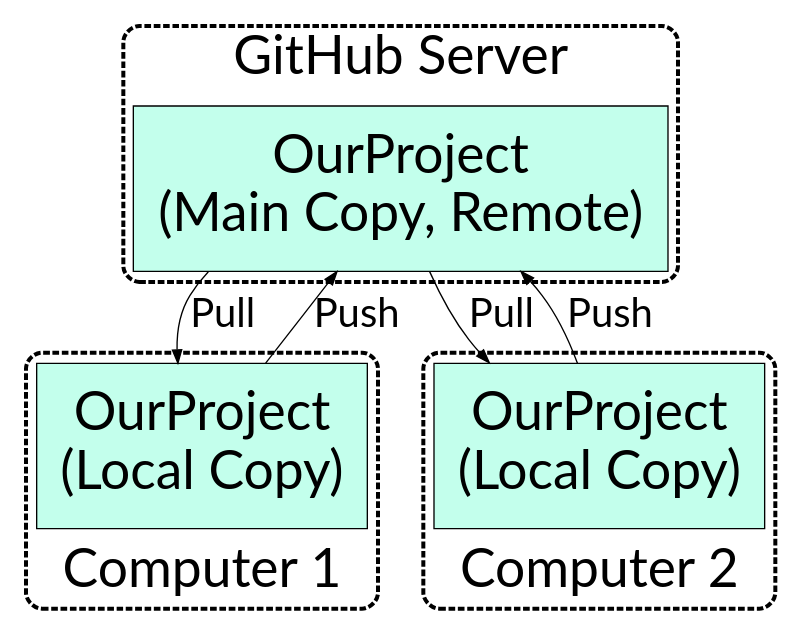
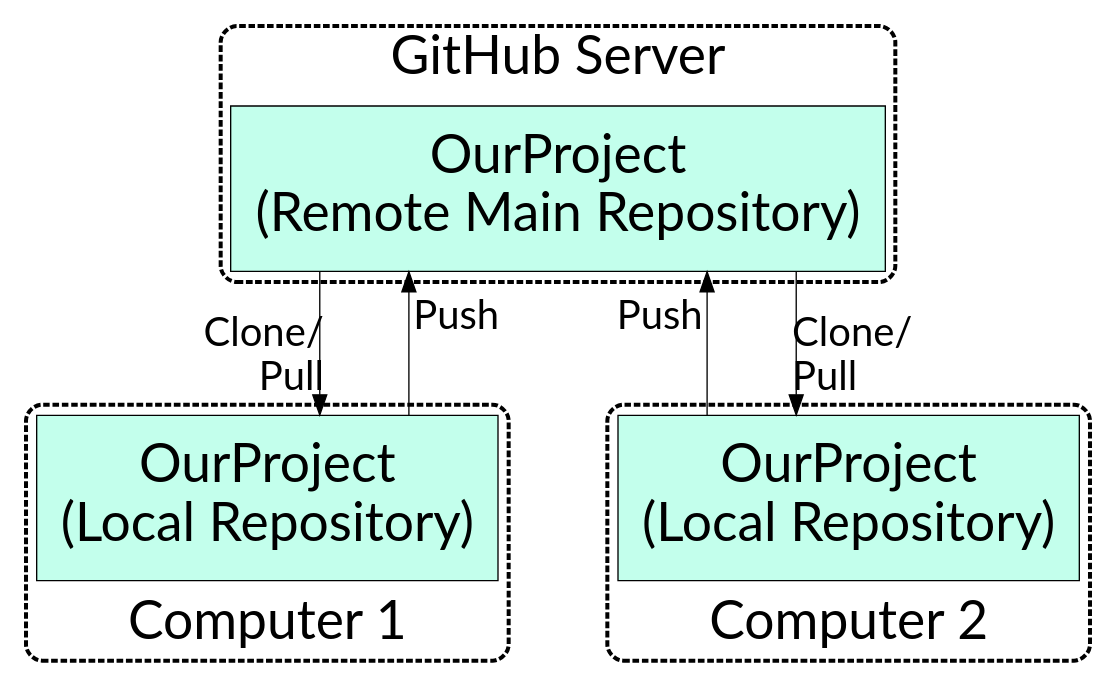
Before and after one commit to sjpierce/Pierce.AARUG2024: the fifth of 6 diagrams in Slides.qmd, drawn with Graphviz. The commit also changed other lines of this file and 1 other file, not shown here.

````diff
--- a/Slides.qmd
+++ b/Slides.qmd
@@ -610,40 +659,46 @@
 ```{dot}
 //| fig-width: 10
 //| fig-height: 5
-digraph G {
-rankdir="TB"; nodesep = .6;
+digraph GitHub {
+rankdir="TB"; nodesep = .25; splines = "ortho";
 
 subgraph cluster_0 {
 style="rounded,dashed"; penwidth = 3; color = "black";
 label = "GitHub Server"; labelloc=t;
 fontname="Lato"; fontsize="40pt"; fontcolor = "black";
 node [shape = "box", style= "filled", fontname="Lato", fontsize="40pt", 
       fillcolor = "#C3FFEC", margin = .25]
-RR [label = "OurProject\n(Main Copy, Remote)"]
+RR [label = "OurProject\n(Remote Main Repository)"]
 }
+
+node [style = "invis"]
+Hidden
 
 subgraph cluster_1 {
 style="rounded,dashed"; penwidth = 3; color = "black";
 label = "Computer 1"; labelloc=b;
 fontname="Lato"; fontsize="40pt"; fontcolor = "black";
 node [shape = "box", style= "filled", fontname="Lato", fontsize="40pt", 
       fillcolor = "#C3FFEC", margin = .25]
-LR1 [label = "OurProject\n(Local Copy)"]
+LR1 [label = "OurProject\n(Local Repository)"]
 }
 
 subgraph cluster_2 {
 style="rounded,dashed"; penwidth = 3; color = "black";
 label = "Computer 2"; labelloc=b;
 fontname="Lato"; fontsize="40pt"; fontcolor = "black";
 node [shape = "box", style= "filled", fontname="Lato", fontsize="40pt", 
       fillcolor = "#C3FFEC", margin = .25]
-LR2 [label = "OurProject\n(Local Copy)"]
+LR2 [label = "OurProject\n(Local Repository)"]
 }
 
-edge [fontname="Lato", fontsize="30pt"]
-RR -> LR1 [label = "Pull"]
-RR -> LR2 [label = "Pull"]
-LR1 -> RR [label = "Push"]
-LR2 -> RR [label = "Push"]
+edge [fontname="Lato", fontsize="30pt", arrowsize=1.5]
+RR:s -> Hidden:n [style = "invis"]
+Hidden:w -> LR1:ne [style = "invis"]
+Hidden:e -> LR2:nw [style = "invis"]
+RR -> LR1 [headlabel = "Clone/\rPull\r", labeldistance = 6, labelangle = 45]
+RR -> LR1:ne [taillabel = "Push\l", dir = back, labeldistance = 5, labelangle = 45]
+RR -> LR2:nw [taillabel = "Push\r", dir = back, labeldistance = 5, labelangle = -45]
+RR -> LR2 [headlabel = "Clone/\lPull\l", labeldistance = 6, labelangle = -45]
 }
 ```
````
